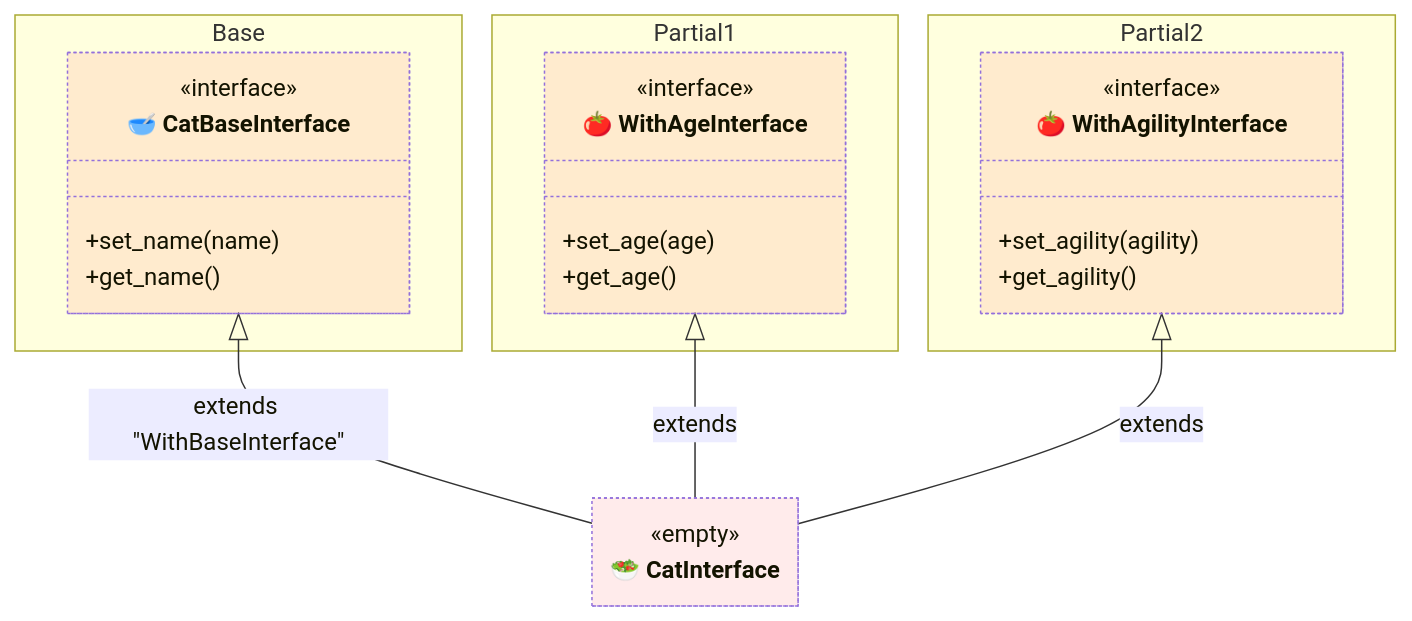
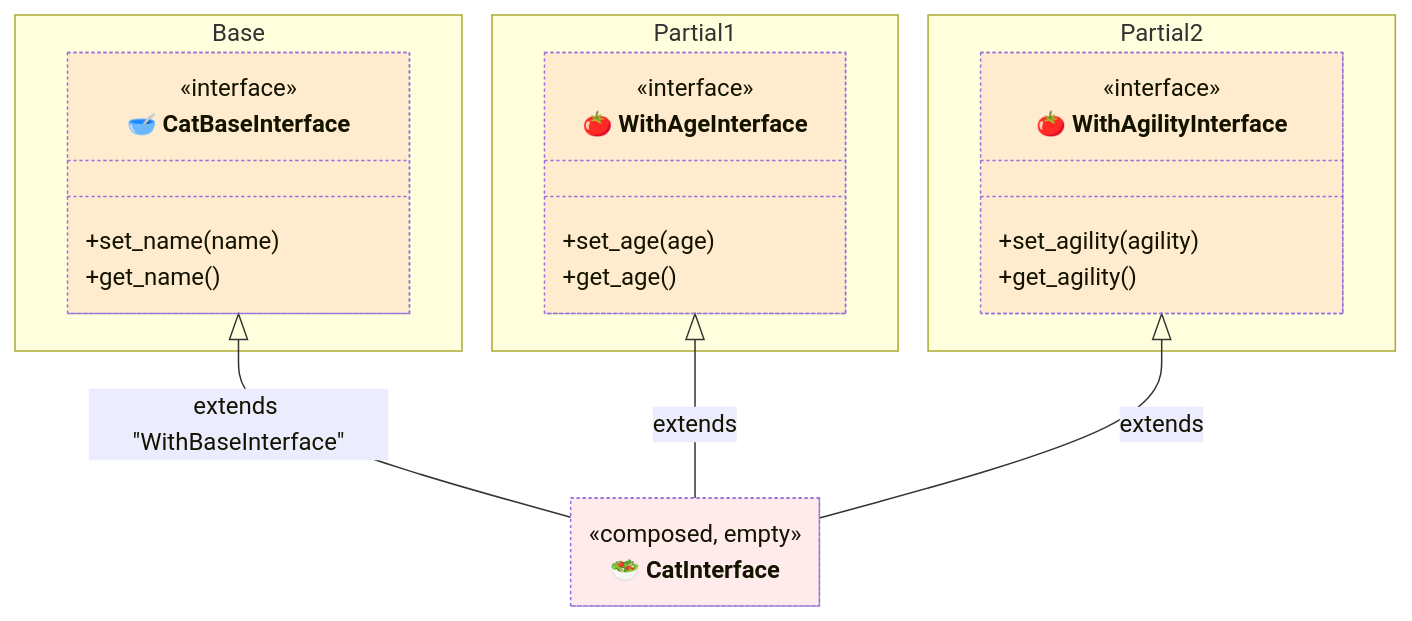
Before and after one commit to thecodecrate/guidelines: diagram 11 of 13 in specs/spec-001--class-composition-with-partial-classes/README.md, drawn with Mermaid. The commit also changed other lines of this file, not shown here.

````diff
--- a/specs/spec-001--class-composition-with-partial-classes/README.md
+++ b/specs/spec-001--class-composition-with-partial-classes/README.md
@@ -571,53 +571,53 @@
 ```mermaid
 ---
 config:
     class:
         hideEmptyMembersBox: true
 ---
 classDiagram
     namespace Base {
         class Interface1["🥣 CatBaseInterface"] {
             <<interface>>
             +set_name(name)
             +get_name()
         }
     }
 
     namespace Partial1 {
         class Interface2["🍅 WithAgeInterface"] {
             <<interface>>
             +set_age(age)
             +get_age()
         }
     }
 
     namespace Partial2 {
         class Interface3["🍅 WithAgilityInterface"] {
             <<interface>>
             +set_agility(agility)
             +get_agility()
         }
     }
 
     class Interface4["🥗 CatInterface"] {
-        <<empty>>
+        <<composed, empty>>
     }
 
     %% Relationships
     Interface1 <|-- Interface4 : extends "WithBaseInterface"
     Interface2 <|-- Interface4 : extends
     Interface3 <|-- Interface4 : extends
 
     %% Apply Styles
     style Base_ fill:#6060ff20, stroke-dasharray: 5 5
     style Composed_ bugfix:#111, stroke-width:2px, font-weight: bold
     style External1 bugfix:#111, stroke-width:2px, font-weight: bold
     style Partial1_ fill:#60ff6020, stroke-dasharray: 5 5
     style Partial2_ fill:#60ff6020, stroke-dasharray: 5 5
     style Partial3_ fill:#60ff6020, stroke-dasharray: 5 5
     style Partial4_ fill:#60ff6020, stroke-dasharray: 5 5
     style Interface1 fill:#ff606020, stroke-dasharray: 2 2
     style Interface2 fill:#ff606020, stroke-dasharray: 2 2
     style Interface3 fill:#ff606020, stroke-dasharray: 2 2
     style Interface4 fill:#ff606020, stroke-dasharray: 2 2
 ```
````
